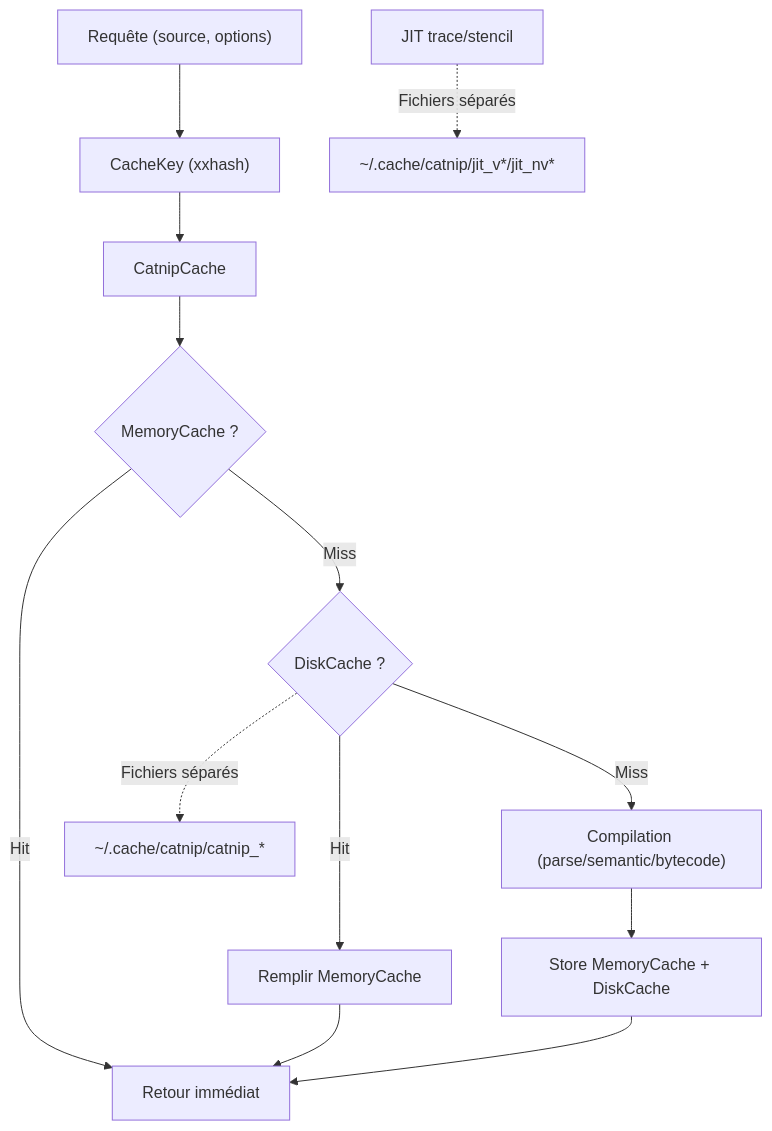
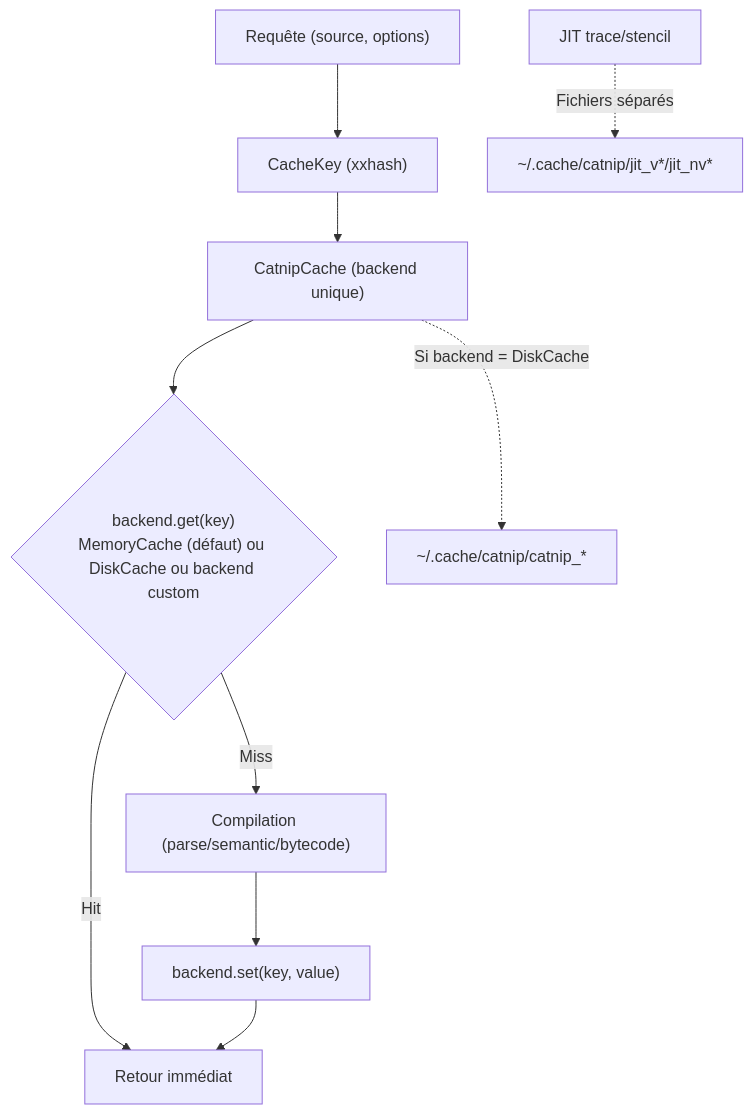
The diagram in docs/dev/CACHE.md (aristofor/catnip), drawn with Mermaid before and after one commit. The commit also changed other lines of this file and 406 other files, not shown here.

````diff
--- a/docs/dev/CACHE.md
+++ b/docs/dev/CACHE.md
@@ -7,15 +7,13 @@
 ```mermaid
 flowchart TD
     REQ["Requête (source, options)"] --> KEY["CacheKey (xxhash)"]
-    KEY --> CC["CatnipCache"]
-    CC --> MEM{"MemoryCache ?"}
-    MEM -->|Hit| RET["Retour immédiat"]
-    MEM -->|Miss| DISK{"DiskCache ?"}
-    DISK -->|Hit| FILL_MEM["Remplir MemoryCache"] --> RET
-    DISK -->|Miss| COMPILE["Compilation (parse/semantic/bytecode)"]
-    COMPILE --> STORE["Store MemoryCache + DiskCache"]
+    KEY --> CC["CatnipCache (backend unique)"]
+    CC --> B{"backend.get(key)<br/>MemoryCache (défaut) ou DiskCache ou backend custom"}
+    B -->|Hit| RET["Retour immédiat"]
+    B -->|Miss| COMPILE["Compilation (parse/semantic/bytecode)"]
+    COMPILE --> STORE["backend.set(key, value)"]
     STORE --> RET
 
     JIT["JIT trace/stencil"] -.->|Fichiers séparés| JITC["~/.cache/catnip/jit_v*/jit_nv*"]
-    DISK -.->|Fichiers séparés| DISKC["~/.cache/catnip/catnip_*"]
+    CC -.->|Si backend = DiskCache| DISKC["~/.cache/catnip/catnip_*"]
 ```
````
